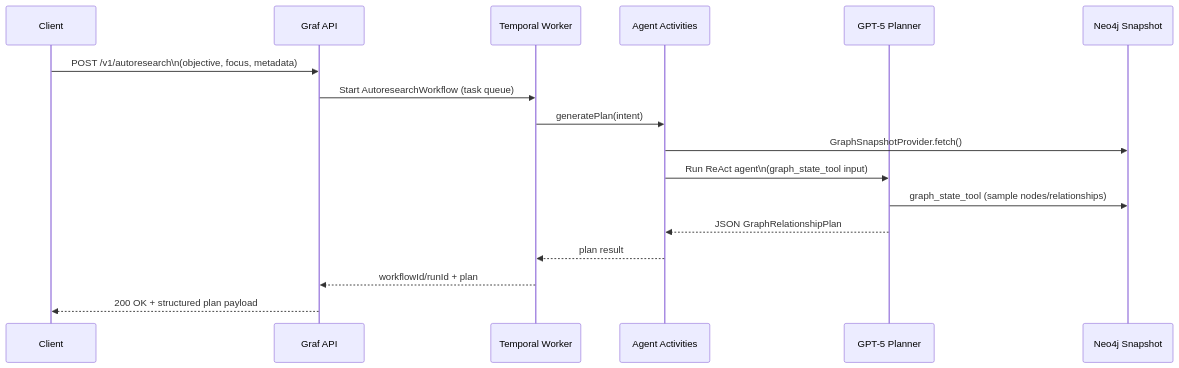
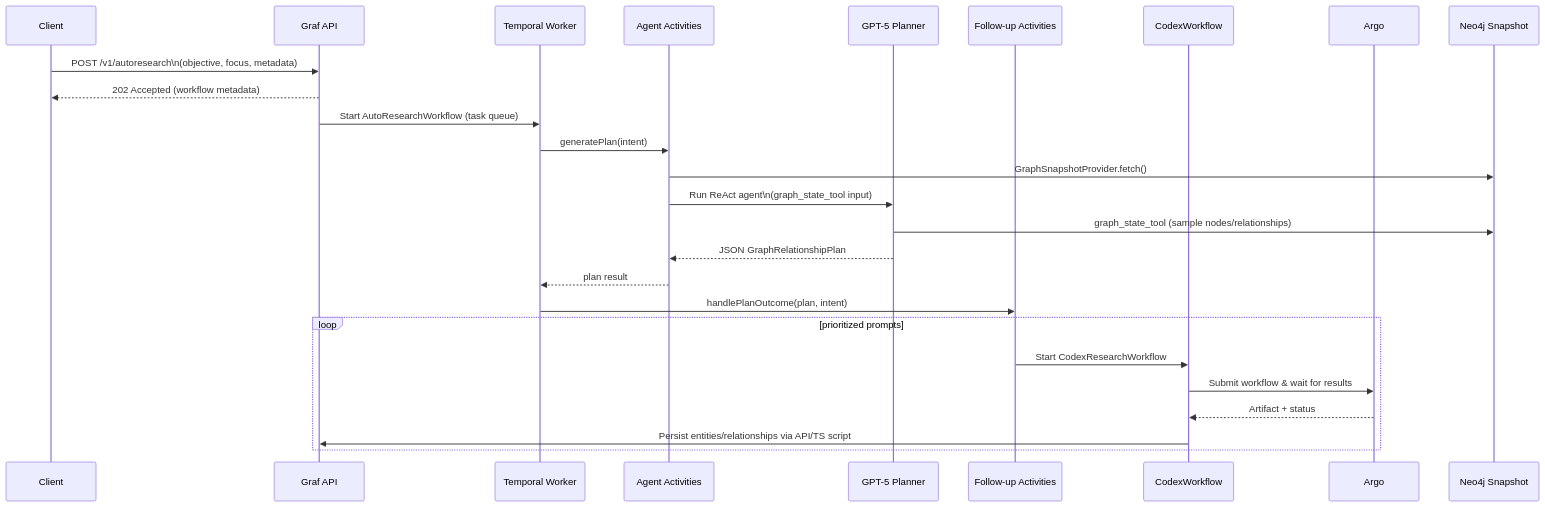
The second of 2 diagrams in docs/graf-current-state.md (proompteng/lab), drawn with Mermaid before and after one commit. The commit also changed other lines of this file and 27 other files, not shown here.

Commit message:
chore: rename AutoResearch feature

````diff
--- a/docs/graf-current-state.md
+++ b/docs/graf-current-state.md
@@ -72,20 +72,29 @@
 ```mermaid
 sequenceDiagram
     participant Client
     participant Graf as Graf API
     participant Temporal as Temporal Worker
     participant AutoAct as Agent Activities
     participant Agent as GPT-5 Planner
+    participant Followup as Follow-up Activities
+    participant Codex as CodexWorkflow
+    participant Argo
     participant Neo4j as Neo4j Snapshot
 
     Client->>Graf: POST /v1/autoresearch\n(objective, focus, metadata)
-    Graf->>Temporal: Start AutoresearchWorkflow (task queue)
+    Graf-->>Client: 202 Accepted (workflow metadata)
+    Graf->>Temporal: Start AutoResearchWorkflow (task queue)
     Temporal->>AutoAct: generatePlan(intent)
     AutoAct->>Neo4j: GraphSnapshotProvider.fetch()
     AutoAct->>Agent: Run ReAct agent\n(graph_state_tool input)
     Agent->>Neo4j: graph_state_tool (sample nodes/relationships)
     Agent-->>AutoAct: JSON GraphRelationshipPlan
     AutoAct-->>Temporal: plan result
-    Temporal-->>Graf: workflowId/runId + plan
-    Graf-->>Client: 200 OK + structured plan payload
+    Temporal->>Followup: handlePlanOutcome(plan, intent)
+    loop prioritized prompts
+        Followup->>Codex: Start CodexResearchWorkflow
+        Codex->>Argo: Submit workflow & wait for results
+        Argo-->>Codex: Artifact + status
+        Codex->>Graf: Persist entities/relationships via API/TS script
+    end
 ```
````
